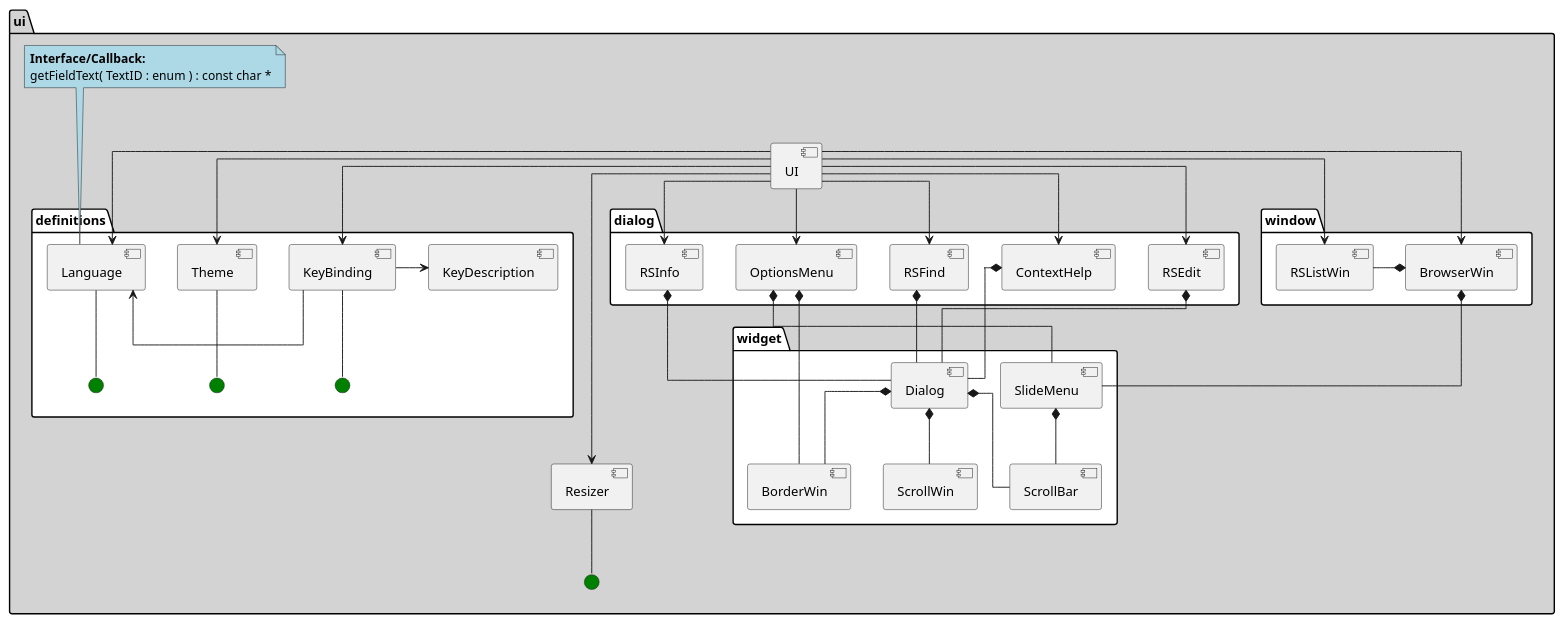
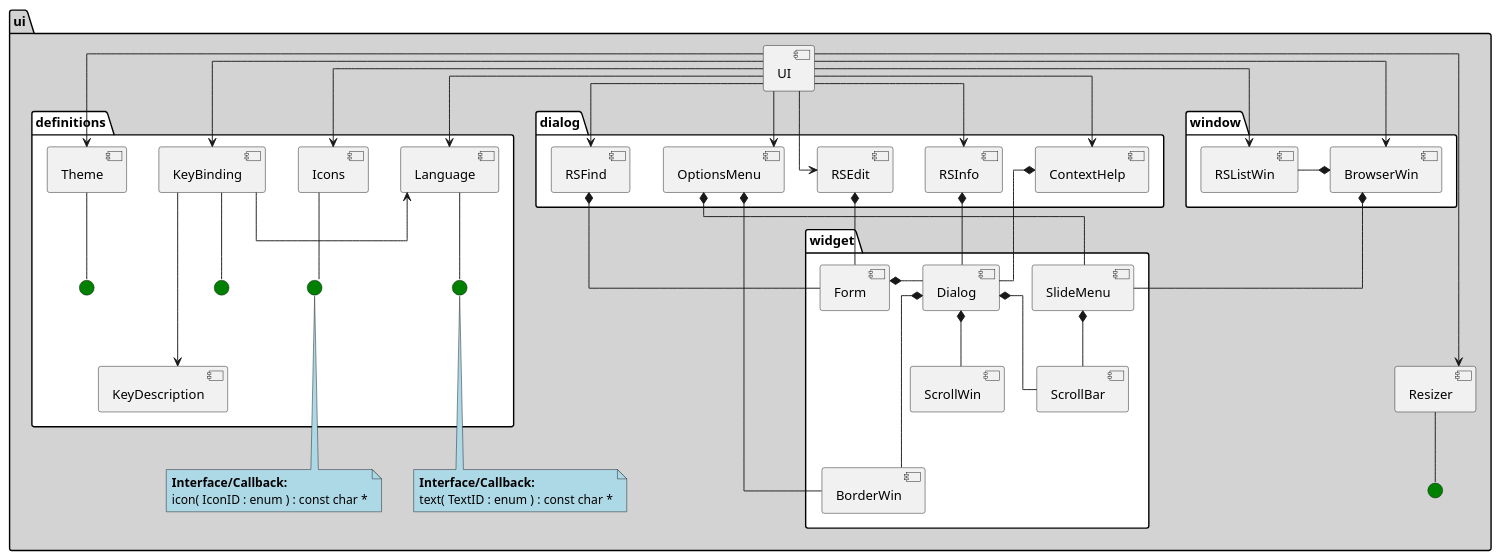
The diagram in docs/design/ctune_ui.puml (An7ar35/ctune), drawn with PlantUML before and after one commit. The commit also changed 5 other files, not shown here.

```diff
--- a/docs/design/ctune_ui.puml
+++ b/docs/design/ctune_ui.puml
@@ -1,98 +1,106 @@
 @startuml
 skinparam linetype ortho
 'skinparam linetype polyline
 
 package ui #lightgrey {
     component UI
     component Resizer
     interface " " as iResizer #green
 
     Resizer -- iResizer
     UI ----> Resizer
 
 '    note top of iResizer : Used by all <b>dialog</b>s and <b>window</b>s
 
     package definitions #white {
         component Language
         component KeyDescription
         component KeyBinding
         component Theme
+        component Icons
         interface " " as iLanguage #green
         interface " " as iTheme #green
         interface " " as iKeyBinding #green
+        interface " " as iIcons #green
 
         Language -down- iLanguage
         Theme -down- iTheme
         KeyBinding -down- iKeyBinding
+        Icons -down- iIcons
 
-        KeyBinding -> KeyDescription
+        KeyBinding ---> KeyDescription
         KeyBinding -> Language
     }
 
     UI --> KeyBinding
     UI --> Language
+    UI --> Icons
     UI --> Theme
 
     package widget #white {
         component BorderWin
         component ScrollBar
         component SlideMenu
         component Dialog
         component ScrollWin
+        component Form
 
         Dialog    *-- ScrollWin
         Dialog    *-- ScrollBar
-        Dialog    *-- BorderWin
+        Dialog    *--- BorderWin
         SlideMenu *-- ScrollBar
+        Form      *-right- Dialog
     }
 
 
     package window #white {
 
         component RSListWin
         component BrowserWin
 
         BrowserWin *-left- RSListWin
     }
 
     package dialog #white {
         component ContextHelp
         component RSFind
         component RSInfo
         component RSEdit
         component OptionsMenu
 
         ContextHelp *-- Dialog
     }
 
 '    dialog -[#purple]--( iKeyBinding
 '    dialog -[#purple]--( iResizer
 
 
     BrowserWin  *-- SlideMenu
     OptionsMenu *-- SlideMenu
-    RSFind      *-- Dialog
+    RSFind      *-- Form
     RSInfo      *-- Dialog
-    RSEdit      *-- Dialog
+    RSEdit      *-- Form
     OptionsMenu *-- BorderWin
 
     UI      --> OptionsMenu
     UI      --> ContextHelp
     UI      --> RSFind
     UI      --> RSInfo
     UI      --> RSEdit
     UI      --> RSListWin
     UI      --> BrowserWin
 
 
 
-    note "**Interface/Callback:**\ngetFieldText( TextID : enum ) : const char *" as LanguageCB #lightblue
+    note "**Interface/Callback:**\ntext( TextID : enum ) : const char *" as LanguageCB #lightblue
+    note "**Interface/Callback:**\nicon( IconID : enum ) : const char *" as IconCB #lightblue
 '    note "**Interface/Callback:**\nattribute( RegionID : enum ) : int" as ThemeCB #lightblue
 '    note "**Interface/Callback:**\ngetAction( ContextID: enum, Key: int ) : ActionID" as KeyBindingCB #lightblue
 
-    LanguageCB .[#blue]..> Language
+    LanguageCB .up[#blue]..> iLanguage
+    IconCB .up[#blue]..> iIcons
 '    ThemeCB .[#blue].> Theme
 '    KeyBindingCB .[#blue].> KeyBinding
 }
 
 @enduml
```
